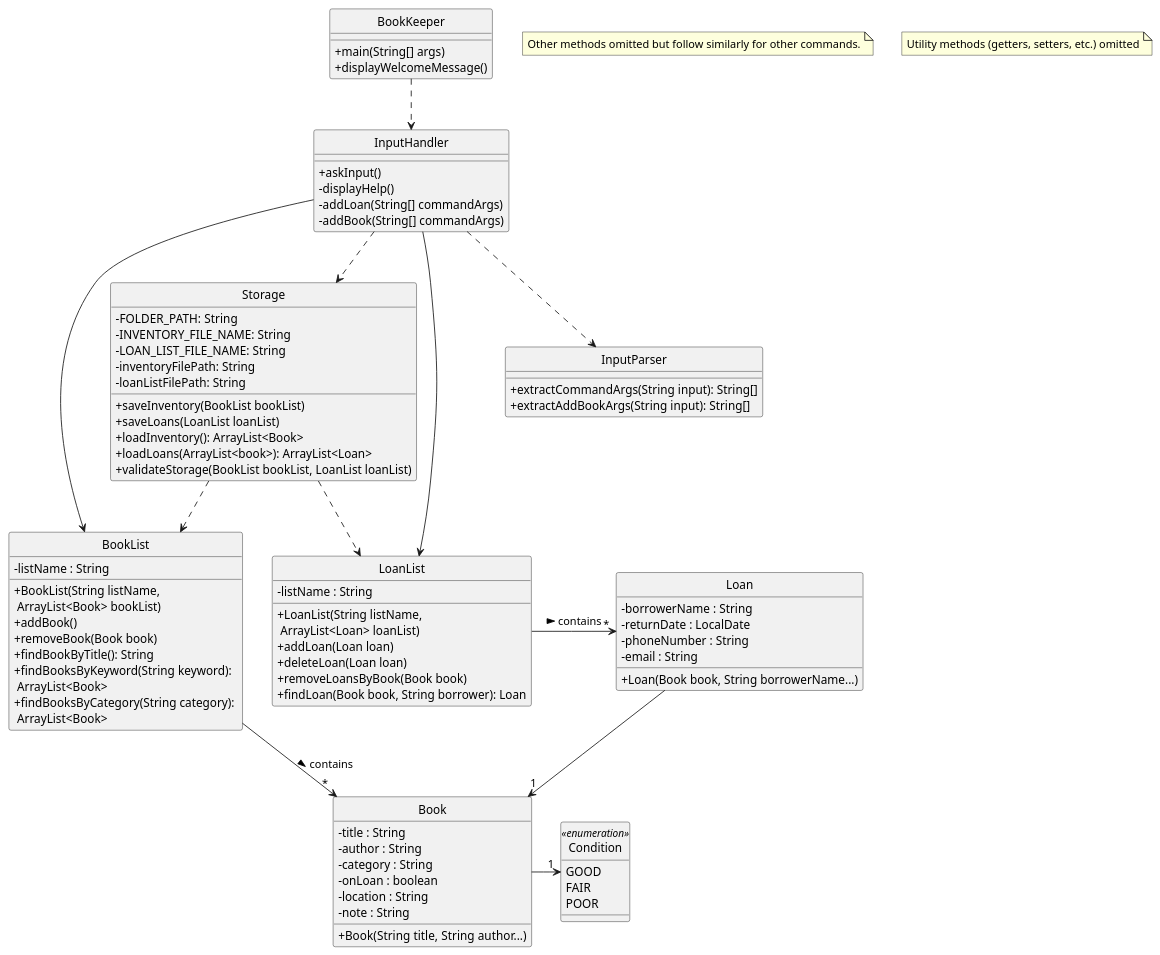
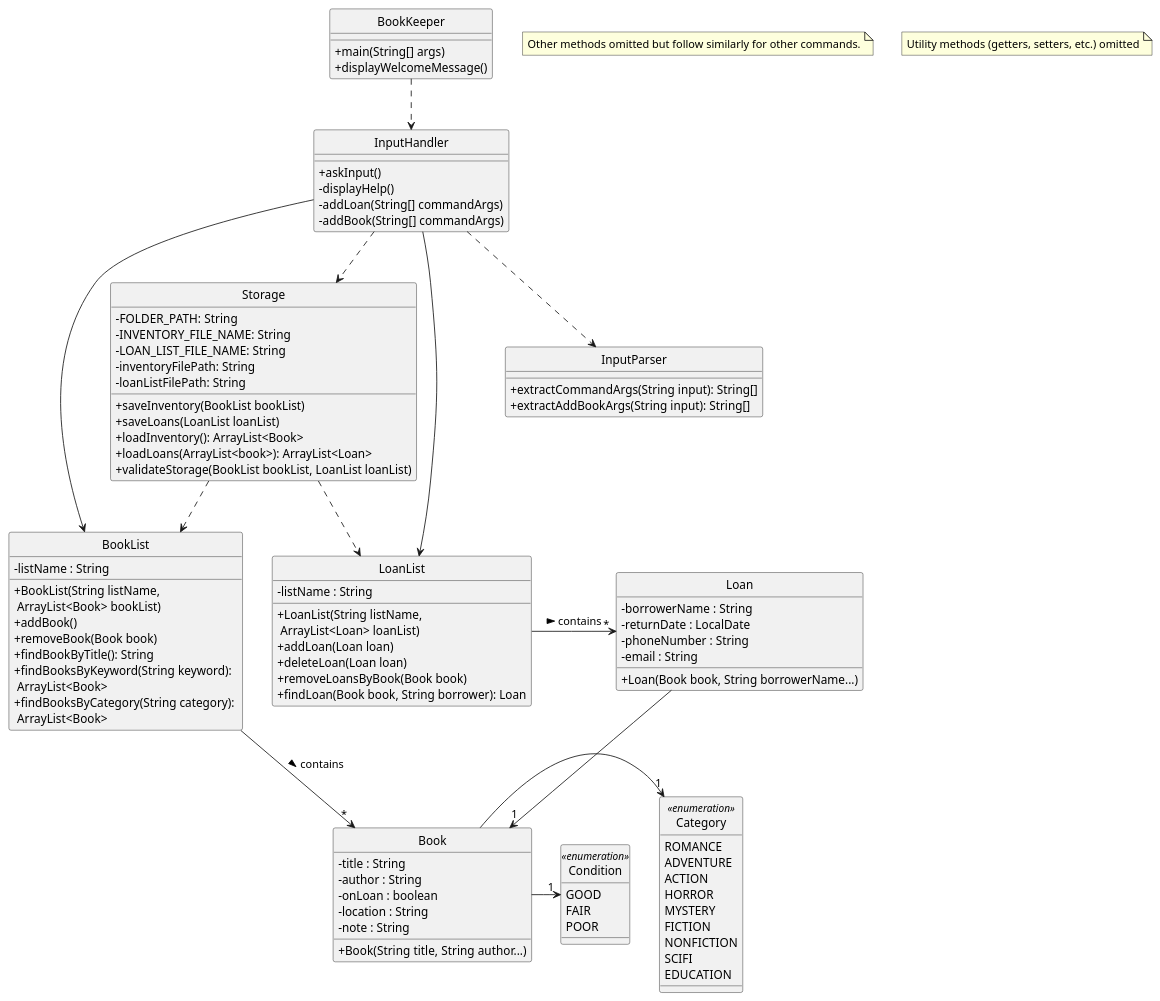
One commit to AY2425S2-CS2113-T12-2/tp changed the diagram in docs/diagrams/classDiagram.puml. Above: the diagram before and after it, drawn with PlantUML. The commit also changed 7 other files, not shown here.

Commit message:
Change book category from string to enum

```diff
--- a/docs/diagrams/classDiagram.puml
+++ b/docs/diagrams/classDiagram.puml
@@ -1,95 +1,107 @@
 @startuml
 hide circle
 skinparam ClassAttributeIconSize 0
 show enum
 
 class BookList {
     - listName : String
     + BookList(String listName, \n ArrayList<Book> bookList)
     + addBook()
     + removeBook(Book book)
     + findBookByTitle(): String
     + findBooksByKeyword(String keyword): \n ArrayList<Book>
     + findBooksByCategory(String category): \n ArrayList<Book>
 }
 
 class LoanList {
     - listName : String
     + LoanList(String listName, \n ArrayList<Loan> loanList)
     + addLoan(Loan loan)
     + deleteLoan(Loan loan)
     + removeLoansByBook(Book book)
     + findLoan(Book book, String borrower): Loan
 }
 
 class Book {
     - title : String
     - author : String
-    - category : String
     - onLoan : boolean
     - location : String
     - note : String
     + Book(String title, String author...)
 }
 
 class Loan {
     - borrowerName : String
     - returnDate : LocalDate
     - phoneNumber : String
     - email : String
     + Loan(Book book, String borrowerName...)
 }
 
 enum Condition <<enumeration>> {
     GOOD
     FAIR
     POOR
+}
+
+enum Category <<enumeration>> {
+    ROMANCE
+    ADVENTURE
+    ACTION
+    HORROR
+    MYSTERY
+    FICTION
+    NONFICTION
+    SCIFI
+    EDUCATION
 }
 
 class Storage {
     - FOLDER_PATH: String
     - INVENTORY_FILE_NAME: String
     - LOAN_LIST_FILE_NAME: String
     - inventoryFilePath: String
     - loanListFilePath: String
     + saveInventory(BookList bookList)
     + saveLoans(LoanList loanList)
     + loadInventory(): ArrayList<Book>
     + loadLoans(ArrayList<book>): ArrayList<Loan>
     + validateStorage(BookList bookList, LoanList loanList)
 }
 
 class InputHandler {
     + askInput()
     - displayHelp()
     - addLoan(String[] commandArgs)
     - addBook(String[] commandArgs)
 }
 
 class InputParser {
     + extractCommandArgs(String input): String[]
     + extractAddBookArgs(String input): String[]
 }
 note "Other methods omitted but follow similarly for other commands." as N0
 
 class BookKeeper {
     +main(String[] args)
     +displayWelcomeMessage()
 }
 
 note "Utility methods (getters, setters, etc.) omitted" as N1
 
 BookList -> "*" Book : contains >
 LoanList -> "*" Loan : contains >
 InputHandler --> BookList
 InputHandler --> LoanList
 InputHandler ..> Storage
 InputHandler ..> InputParser
 BookKeeper ..> InputHandler
 Book -> "1" Condition
+Book -> "1" Category
 Loan --> "1" Book
 Storage ..> BookList
 Storage ..> LoanList
 
 
 @enduml
```
